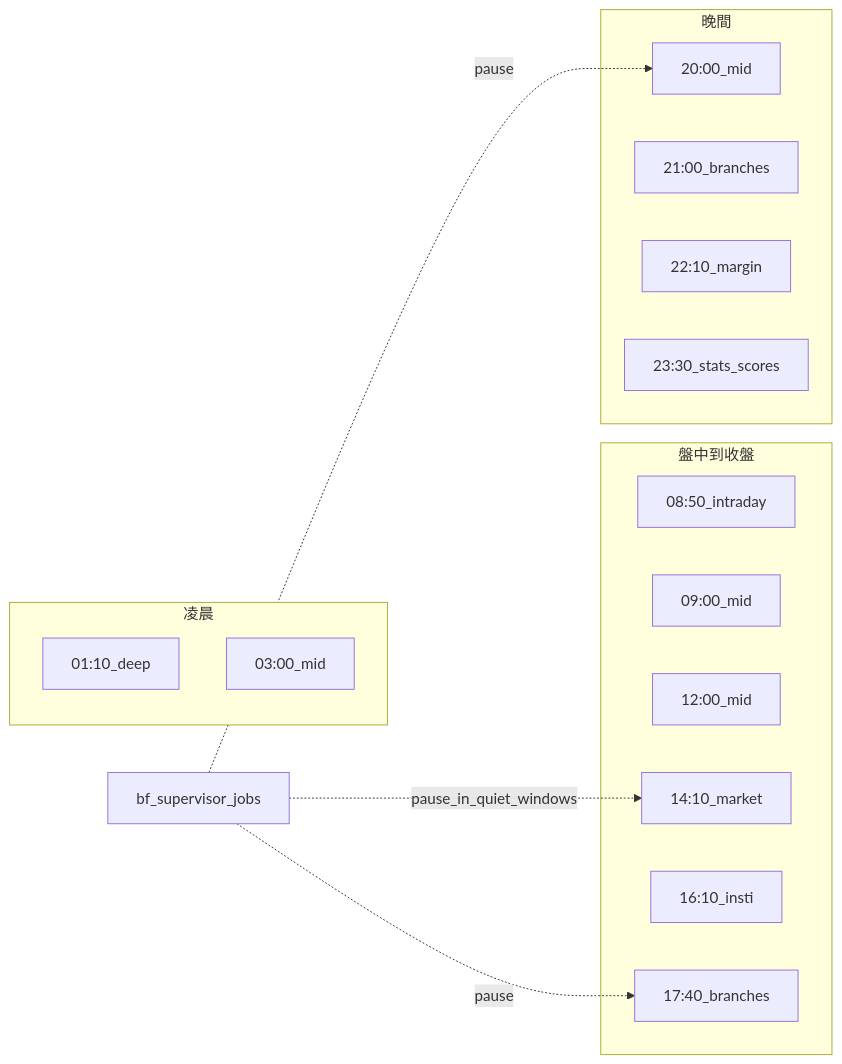
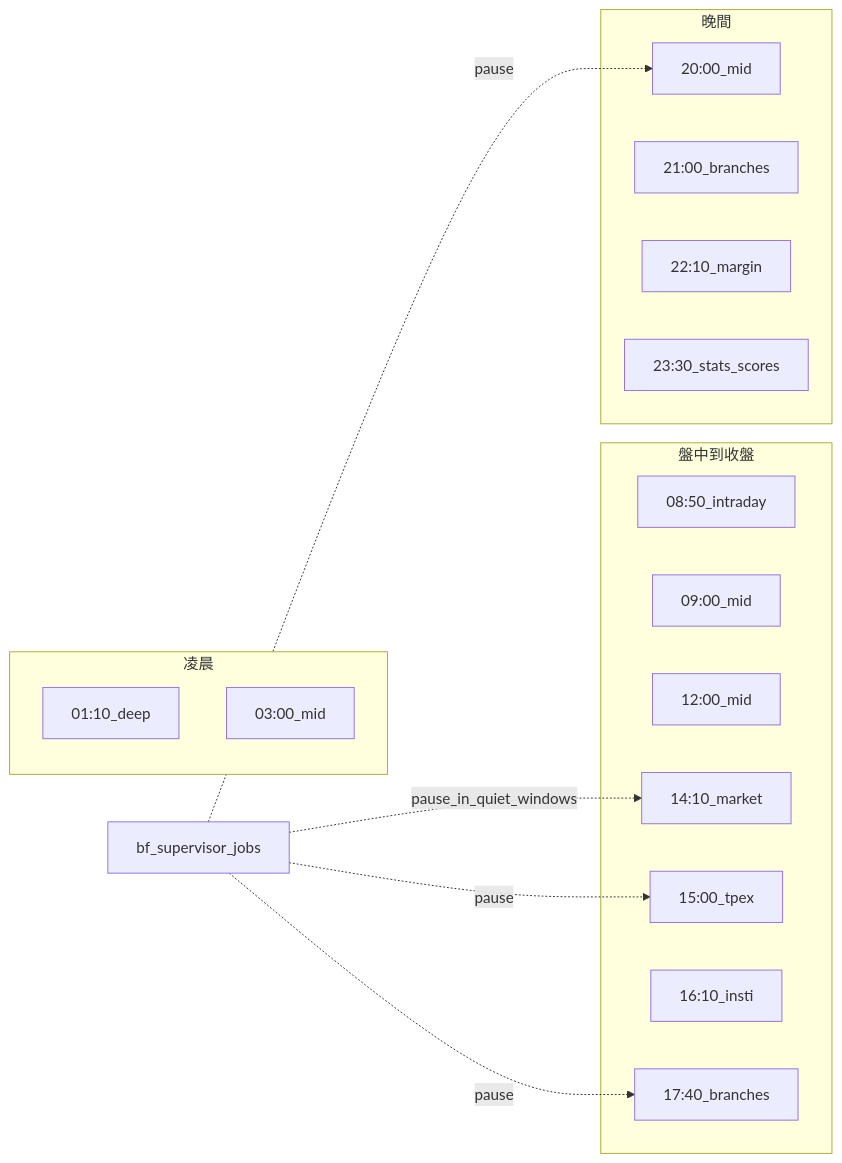
Before and after one commit to bbdevin/trever-radar: the second of 2 diagrams in docs/35_vps_schedule_architecture.md, drawn with Mermaid. The commit also changed other lines of this file and 9 other files, not shown here.

````diff
--- a/docs/35_vps_schedule_architecture.md
+++ b/docs/35_vps_schedule_architecture.md
@@ -85,25 +86,27 @@
 ```mermaid
 flowchart LR
   subgraph night [凌晨]
     d0110[01:10_deep]
     m0300[03:00_mid]
   end
   subgraph day [盤中到收盤]
     w0850[08:50_intraday]
     m09[09:00_mid]
     m12[12:00_mid]
     d1410[14:10_market]
+    d1500[15:00_tpex]
     d1610[16:10_insti]
     d1740[17:40_branches]
   end
   subgraph eve [晚間]
     m20[20:00_mid]
     d2100[21:00_branches]
     d2210[22:10_margin]
     s2330[23:30_stats_scores]
   end
   bf[bf_supervisor_jobs]
   bf -.->|pause_in_quiet_windows| d1410
+  bf -.->|pause| d1500
   bf -.->|pause| d1740
   bf -.->|pause| m20
 ```
````
